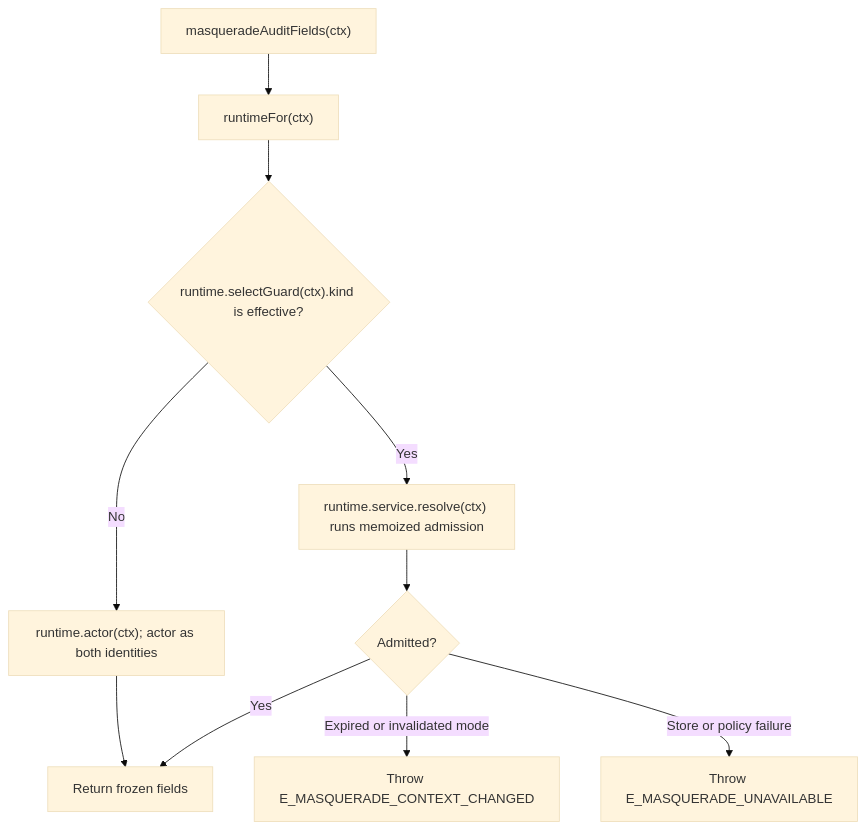
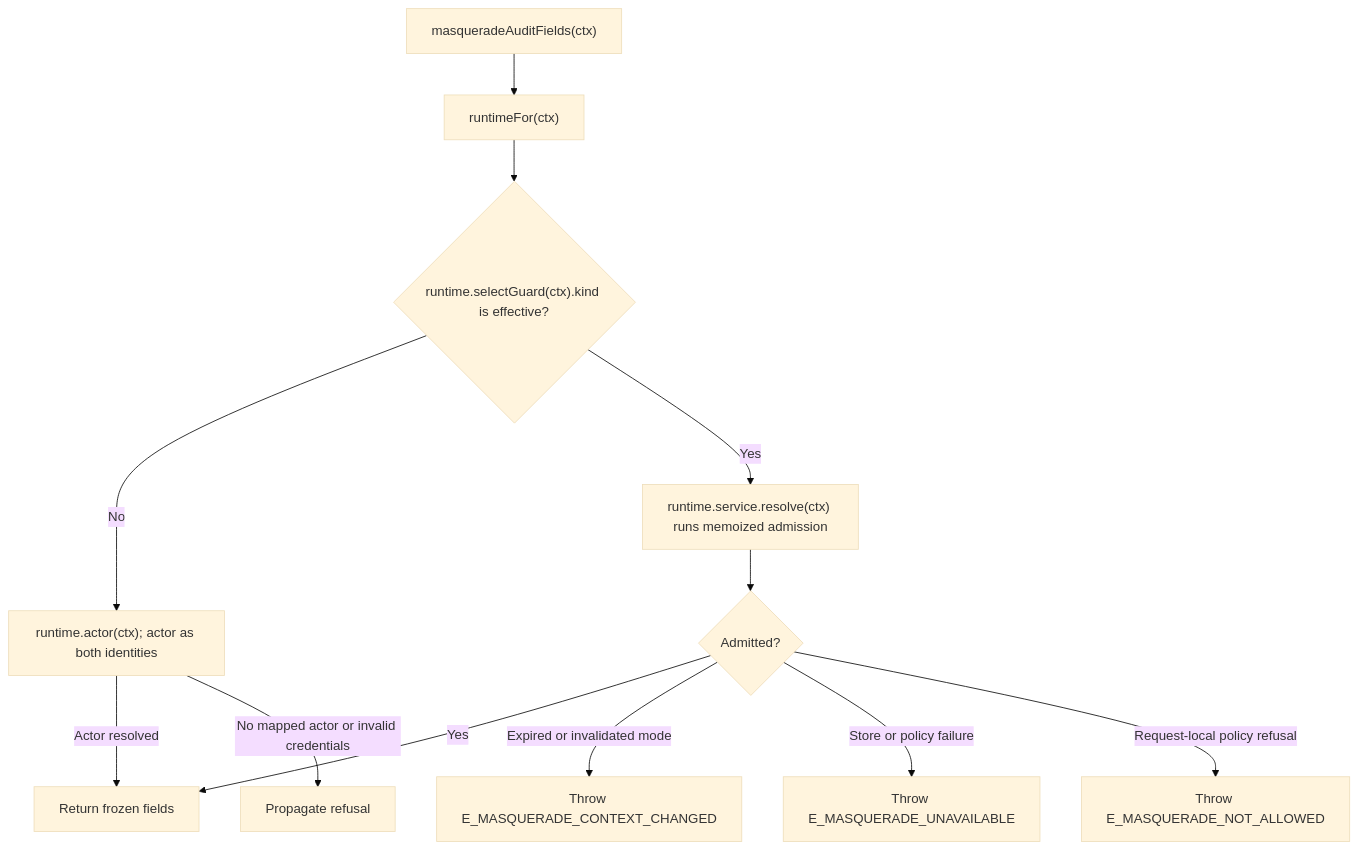
Before and after one commit to Kevinjohn/oss-adonisjs-masquerade: the second of 2 diagrams in user-stories/audit-business-work/us-audit-01-attach-audit-fields.md, drawn with Mermaid (base theme). The commit also changed other lines of this file and 26 other files, not shown here.

````diff
--- a/user-stories/audit-business-work/us-audit-01-attach-audit-fields.md
+++ b/user-stories/audit-business-work/us-audit-01-attach-audit-fields.md
@@ -35,12 +37,14 @@
 ```mermaid
 flowchart TD
     A["masqueradeAuditFields(ctx)"] --> B["runtimeFor(ctx)"]
     B --> C{"runtime.selectGuard(ctx).kind is effective?"}
     C -->|No| D["runtime.actor(ctx); actor as both identities"]
     C -->|Yes| E["runtime.service.resolve(ctx) runs memoized admission"]
     E --> G{"Admitted?"}
     G -->|Yes| F["Return frozen fields"]
     G -->|"Expired or invalidated mode"| H["Throw E_MASQUERADE_CONTEXT_CHANGED"]
     G -->|"Store or policy failure"| I["Throw E_MASQUERADE_UNAVAILABLE"]
-    D --> F
+    G -->|Request-local policy refusal| J["Throw E_MASQUERADE_NOT_ALLOWED"]
+    D -->|Actor resolved| F
+    D -->|No mapped actor or invalid credentials| X["Propagate refusal"]
 ```
````
